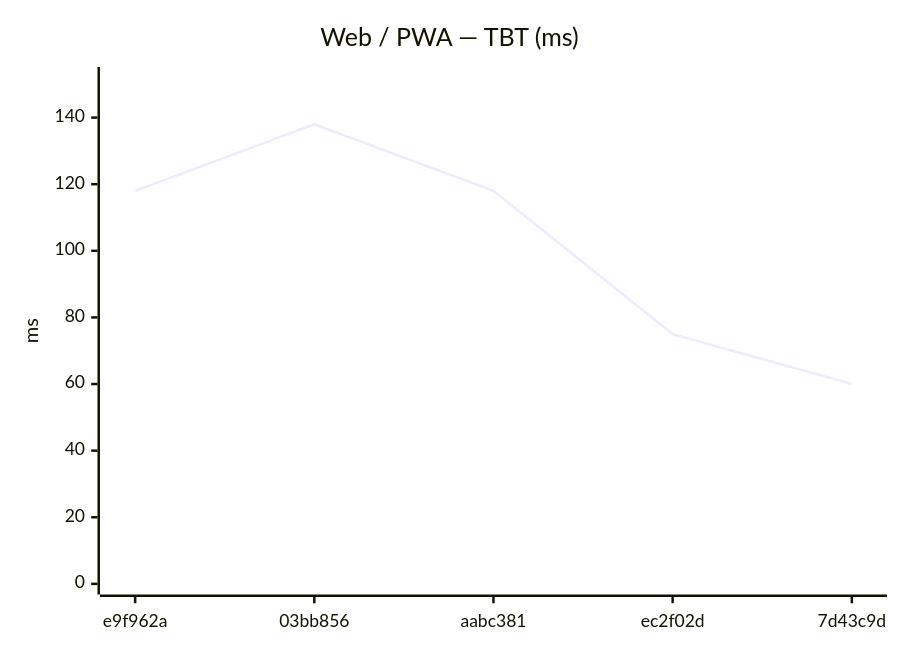
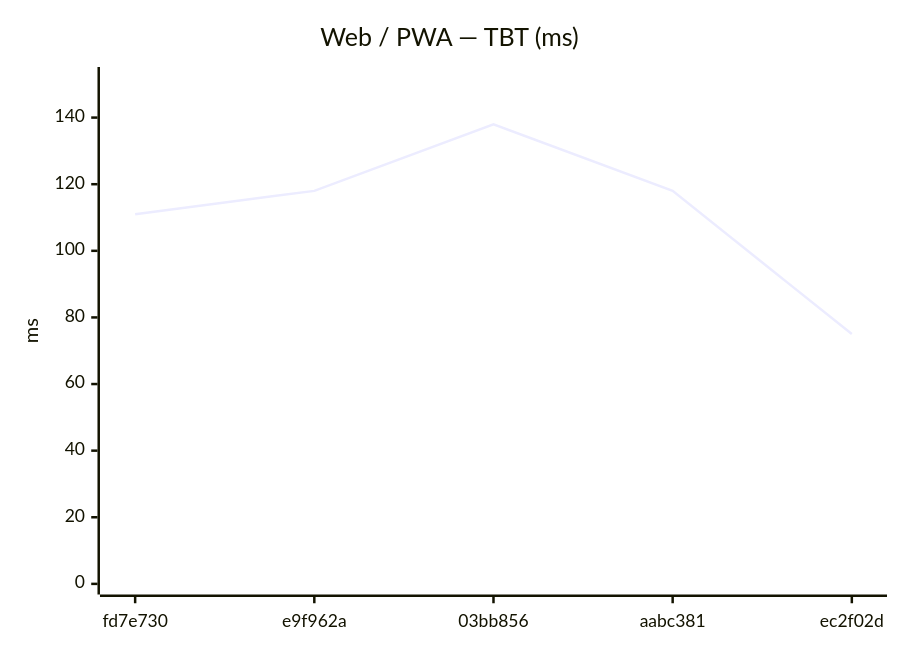
One commit to Metaheurist/Rianell changed the eighth of 18 diagrams in benchmarks/compare.md. Above: the diagram before and after it, drawn with Mermaid. The commit also changed other lines of this file and 11 other files, not shown here.

````diff
--- a/benchmarks/compare.md
+++ b/benchmarks/compare.md
@@ -124,7 +124,7 @@
 ```mermaid
 xychart-beta
     title "Web / PWA — TBT (ms)"
-    x-axis ["e9f962a", "03bb856", "aabc381", "ec2f02d", "7d43c9d"]
+    x-axis ["fd7e730", "e9f962a", "03bb856", "aabc381", "ec2f02d"]
     y-axis "ms" 0 --> 152
-    line [118, 138, 118, 75, 60]
+    line [111, 118, 138, 118, 75]
 ```
````
